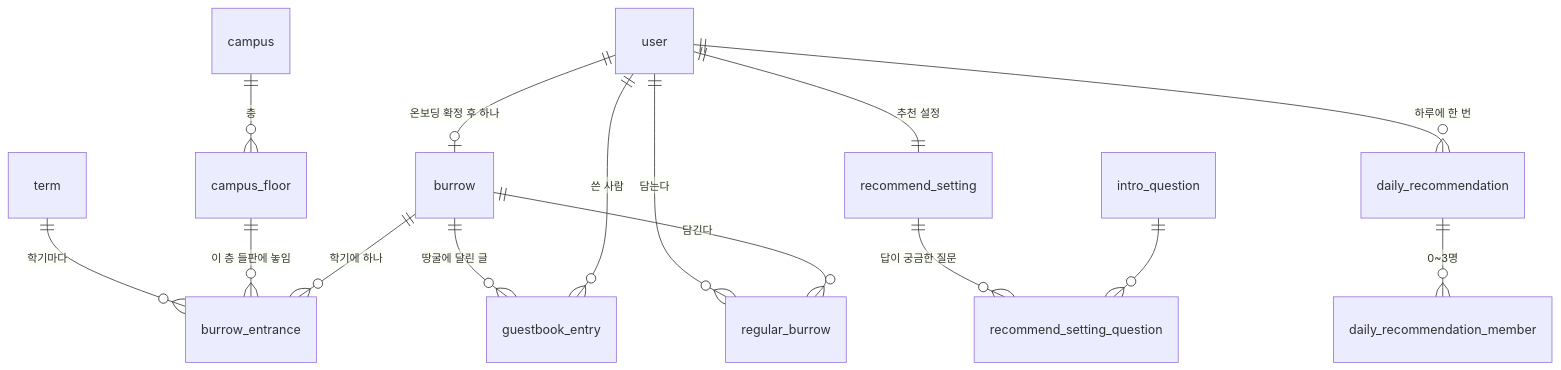
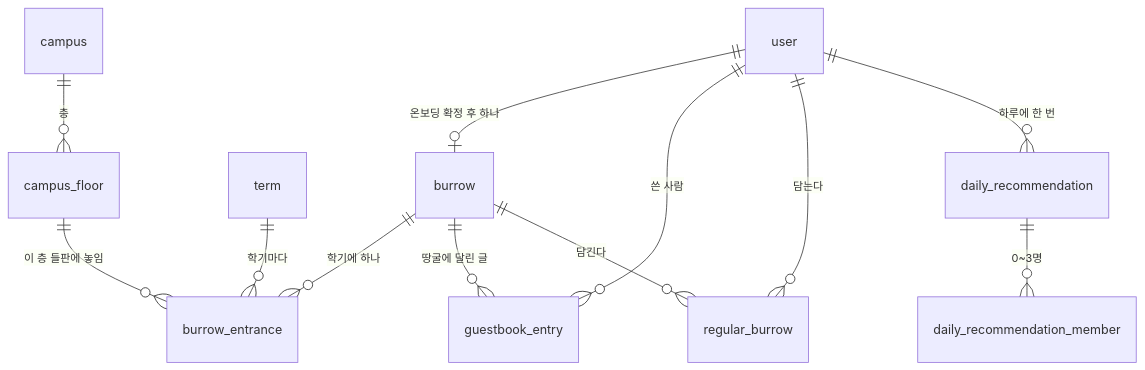
One commit to it-ting-team/it-ting changed the diagram in docs/db/burrow.md. Above: the diagram before and after it, drawn with Mermaid. The commit also changed other lines of this file and 6 other files, not shown here.

````diff
--- a/docs/db/burrow.md
+++ b/docs/db/burrow.md
@@ -5,17 +5,14 @@
 ```mermaid
 erDiagram
     campus ||--o{ campus_floor : "층"
     term ||--o{ burrow_entrance : "학기마다"
     campus_floor ||--o{ burrow_entrance : "이 층 들판에 놓임"
     user ||--o| burrow : "온보딩 확정 후 하나"
     burrow ||--o{ burrow_entrance : "학기에 하나"
     burrow ||--o{ guestbook_entry : "땅굴에 달린 글"
     user ||--o{ guestbook_entry : "쓴 사람"
     user ||--o{ regular_burrow : "담는다"
     burrow ||--o{ regular_burrow : "담긴다"
-    user ||--|| recommend_setting : "추천 설정"
-    recommend_setting ||--o{ recommend_setting_question : "답이 궁금한 질문"
-    intro_question ||--o{ recommend_setting_question : ""
     user ||--o{ daily_recommendation : "하루에 한 번"
     daily_recommendation ||--o{ daily_recommendation_member : "0~3명"
 ```
````
